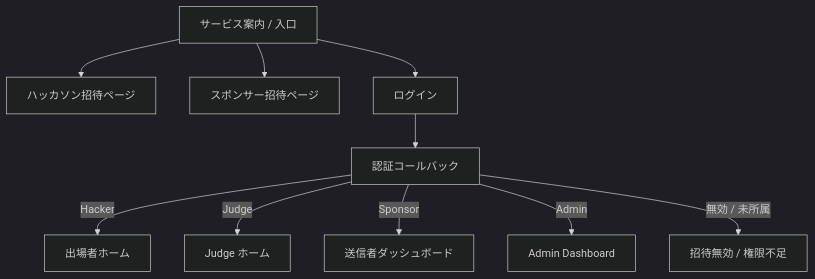
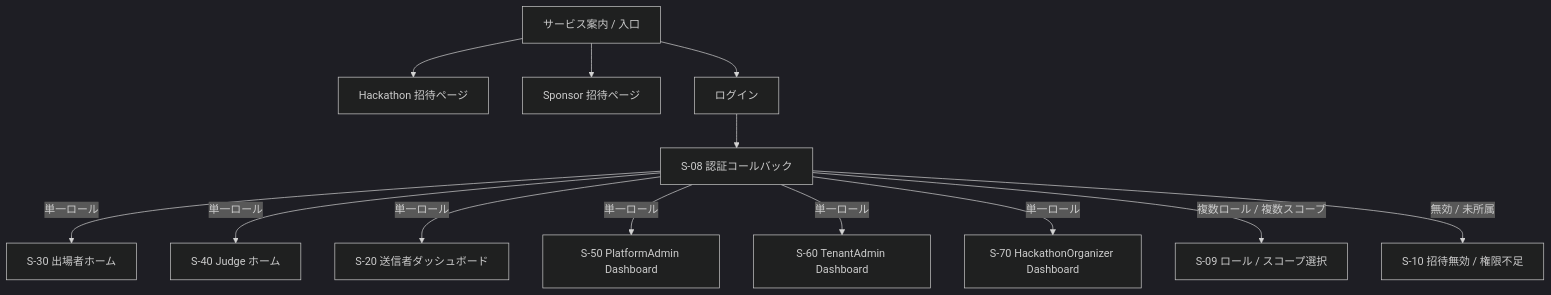
Before and after one commit to Asheze1127/hack-evaluater: the first of 15 diagrams in docs/details/03_screen-flow_md.md, drawn with Mermaid (dark theme). The commit also changed other lines of this file and 2 other files, not shown here.

````diff
--- a/docs/details/03_screen-flow_md.md
+++ b/docs/details/03_screen-flow_md.md
@@ -65,23 +72,29 @@
 ```mermaid
 flowchart TD
     ENTRY[サービス案内 / 入口]
-    HINVITE[ハッカソン招待ページ]
-    SINVITE[スポンサー招待ページ]
+    HINVITE[Hackathon 招待ページ]
+    SINVITE[Sponsor 招待ページ]
     LOGIN[ログイン]
-    CALLBACK[認証コールバック]
-    HACKER[出場者ホーム]
-    JUDGE[Judge ホーム]
-    SENDER[送信者ダッシュボード]
-    ADMIN[Admin Dashboard]
-    NOACCESS[招待無効 / 権限不足]
+    CALLBACK[S-08 認証コールバック]
+    SWITCH[S-09 ロール / スコープ選択]
+    HACKER[S-30 出場者ホーム]
+    JUDGE[S-40 Judge ホーム]
+    SENDER[S-20 送信者ダッシュボード]
+    PLATFORM[S-50 PlatformAdmin Dashboard]
+    TENANT[S-60 TenantAdmin Dashboard]
+    ORGANIZER[S-70 HackathonOrganizer Dashboard]
+    NOACCESS[S-10 招待無効 / 権限不足]
 
     ENTRY --> HINVITE
     ENTRY --> SINVITE
     ENTRY --> LOGIN
     LOGIN --> CALLBACK
-    CALLBACK -->|Hacker| HACKER
-    CALLBACK -->|Judge| JUDGE
-    CALLBACK -->|Sponsor| SENDER
-    CALLBACK -->|Admin| ADMIN
+    CALLBACK -->|単一ロール| HACKER
+    CALLBACK -->|単一ロール| JUDGE
+    CALLBACK -->|単一ロール| SENDER
+    CALLBACK -->|単一ロール| PLATFORM
+    CALLBACK -->|単一ロール| TENANT
+    CALLBACK -->|単一ロール| ORGANIZER
+    CALLBACK -->|複数ロール / 複数スコープ| SWITCH
     CALLBACK -->|無効 / 未所属| NOACCESS
 ```
````
